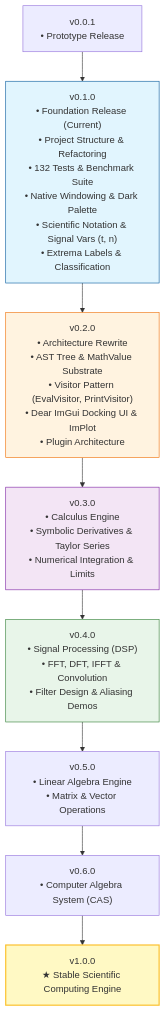
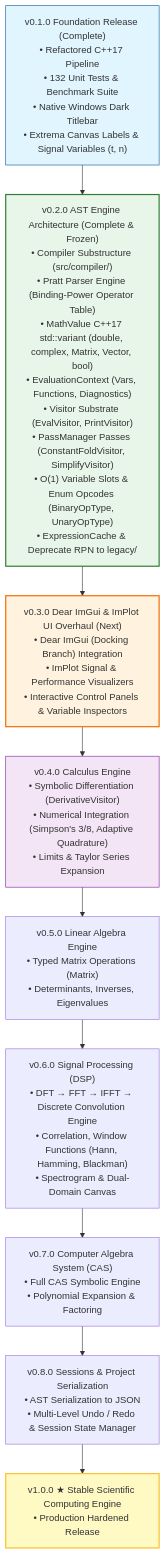
The second of 2 diagrams in ROADMAP.md (Bharat940/Simple-math-calculator-and-plotter), drawn with Mermaid before and after one commit. The commit also changed other lines of this file and 37 other files, not shown here.

Commit message:
v0.2.0: Complete AST Compiler Architecture, Pratt parser, ConstantFoldVisitor, SimplifyVisitor, O(1) slots, enum opcodes, release benchmarks

````diff
--- a/ROADMAP.md
+++ b/ROADMAP.md
@@ -5,17 +39,26 @@
 ```mermaid
 graph TD
-    v001["v0.0.1<br/>• Prototype Release"] --> v010
-    v010["v0.1.0<br/>• Foundation Release (Current)<br/>• Project Structure & Refactoring<br/>• 132 Tests & Benchmark Suite<br/>• Native Windowing & Dark Palette<br/>• Scientific Notation & Signal Vars (t, n)<br/>• Extrema Labels & Classification"] --> v020
-    v020["v0.2.0<br/>• Architecture Rewrite<br/>• AST Tree & MathValue Substrate<br/>• Visitor Pattern (EvalVisitor, PrintVisitor)<br/>• Dear ImGui Docking UI & ImPlot<br/>• Plugin Architecture"] --> v030
-    v030["v0.3.0<br/>• Calculus Engine<br/>• Symbolic Derivatives & Taylor Series<br/>• Numerical Integration & Limits"] --> v040
-    v040["v0.4.0<br/>• Signal Processing (DSP)<br/>• FFT, DFT, IFFT & Convolution<br/>• Filter Design & Aliasing Demos"] --> v050
-    v050["v0.5.0<br/>• Linear Algebra Engine<br/>• Matrix & Vector Operations"] --> v060
-    v060["v0.6.0<br/>• Computer Algebra System (CAS)"] --> v100
-    v100["v1.0.0<br/>★ Stable Scientific Computing Engine"]
+    v010["v0.1.0 Foundation Release (Complete)<br/>• Refactored C++17 Pipeline<br/>• 132 Unit Tests & Benchmark Suite<br/>• Native Windows Dark Titlebar<br/>• Extrema Canvas Labels & Signal Variables (t, n)"] --> v020
+
+    v020["v0.2.0 AST Engine Architecture (Complete & Frozen)<br/>• Compiler Substructure (src/compiler/)<br/>• Pratt Parser Engine (Binding-Power Operator Table)<br/>• MathValue C++17 std::variant (double, complex, Matrix, Vector, bool)<br/>• EvaluationContext (Vars, Functions, Diagnostics)<br/>• Visitor Substrate (EvalVisitor, PrintVisitor)<br/>• PassManager Passes (ConstantFoldVisitor, SimplifyVisitor)<br/>• O(1) Variable Slots & Enum Opcodes (BinaryOpType, UnaryOpType)<br/>• ExpressionCache & Deprecate RPN to legacy/"] --> v030
+
+    v030["v0.3.0 Dear ImGui & ImPlot UI Overhaul (Next)<br/>• Dear ImGui (Docking Branch) Integration<br/>• ImPlot Signal & Performance Visualizers<br/>• Interactive Control Panels & Variable Inspectors"] --> v040
+
+    v040["v0.4.0 Calculus Engine<br/>• Symbolic Differentiation (DerivativeVisitor)<br/>• Numerical Integration (Simpson's 3/8, Adaptive Quadrature)<br/>• Limits & Taylor Series Expansion"] --> v050
+
+    v050["v0.5.0 Linear Algebra Engine<br/>• Typed Matrix Operations (Matrix<T>)<br/>• Determinants, Inverses, Eigenvalues"] --> v060
+
+    v060["v0.6.0 Signal Processing (DSP)<br/>• DFT → FFT → IFFT → Discrete Convolution Engine<br/>• Correlation, Window Functions (Hann, Hamming, Blackman)<br/>• Spectrogram & Dual-Domain Canvas"] --> v070
+
+    v070["v0.7.0 Computer Algebra System (CAS)<br/>• Full CAS Symbolic Engine<br/>• Polynomial Expansion & Factoring"] --> v080
+
+    v080["v0.8.0 Sessions & Project Serialization<br/>• AST Serialization to JSON<br/>• Multi-Level Undo / Redo & Session State Manager"] --> v100
+
+    v100["v1.0.0 ★ Stable Scientific Computing Engine<br/>• Production Hardened Release"]
 
     style v010 fill:#e1f5fe,stroke:#01579b
-    style v020 fill:#fff3e0,stroke:#ef6c00
-    style v030 fill:#f3e5f5,stroke:#7b1fa2
-    style v040 fill:#e8f5e9,stroke:#2e7d32
+    style v020 fill:#e8f5e9,stroke:#2e7d32,stroke-width:2px
+    style v030 fill:#fff3e0,stroke:#ef6c00,stroke-width:2px
+    style v040 fill:#f3e5f5,stroke:#7b1fa2
     style v100 fill:#fff9c4,stroke:#fbc02d,stroke-width:2px
 ```
````
